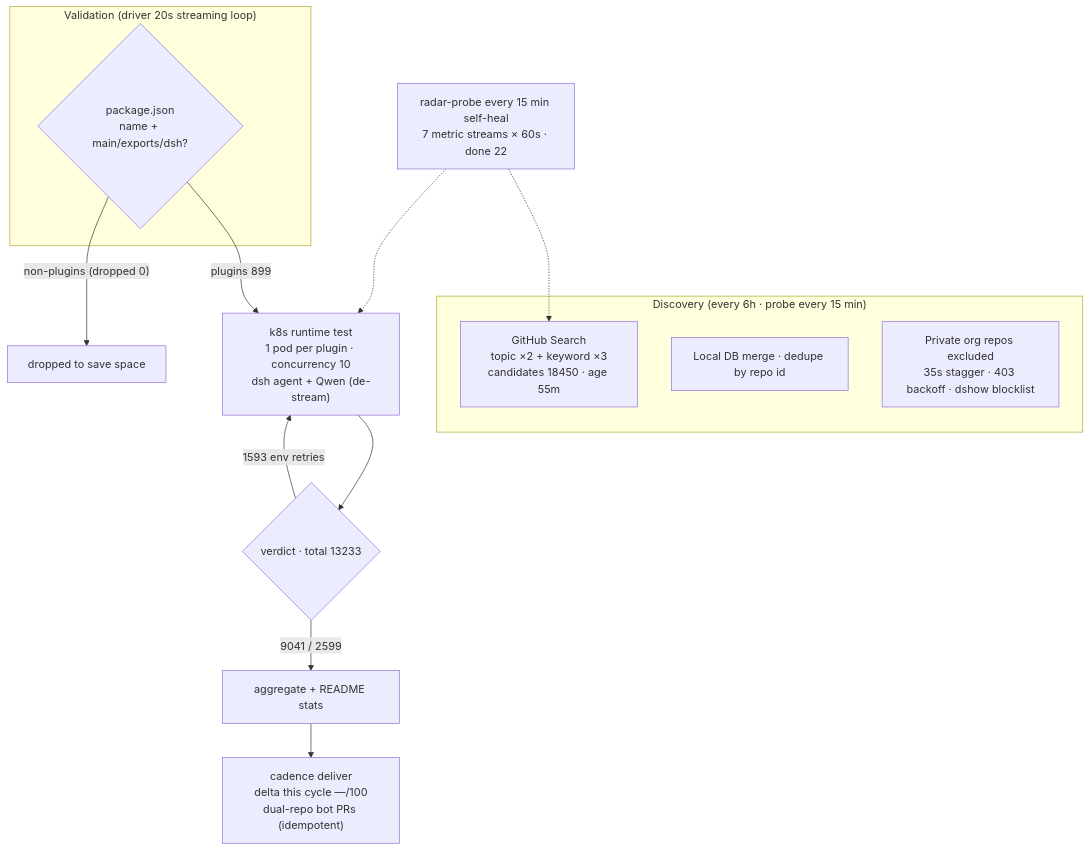
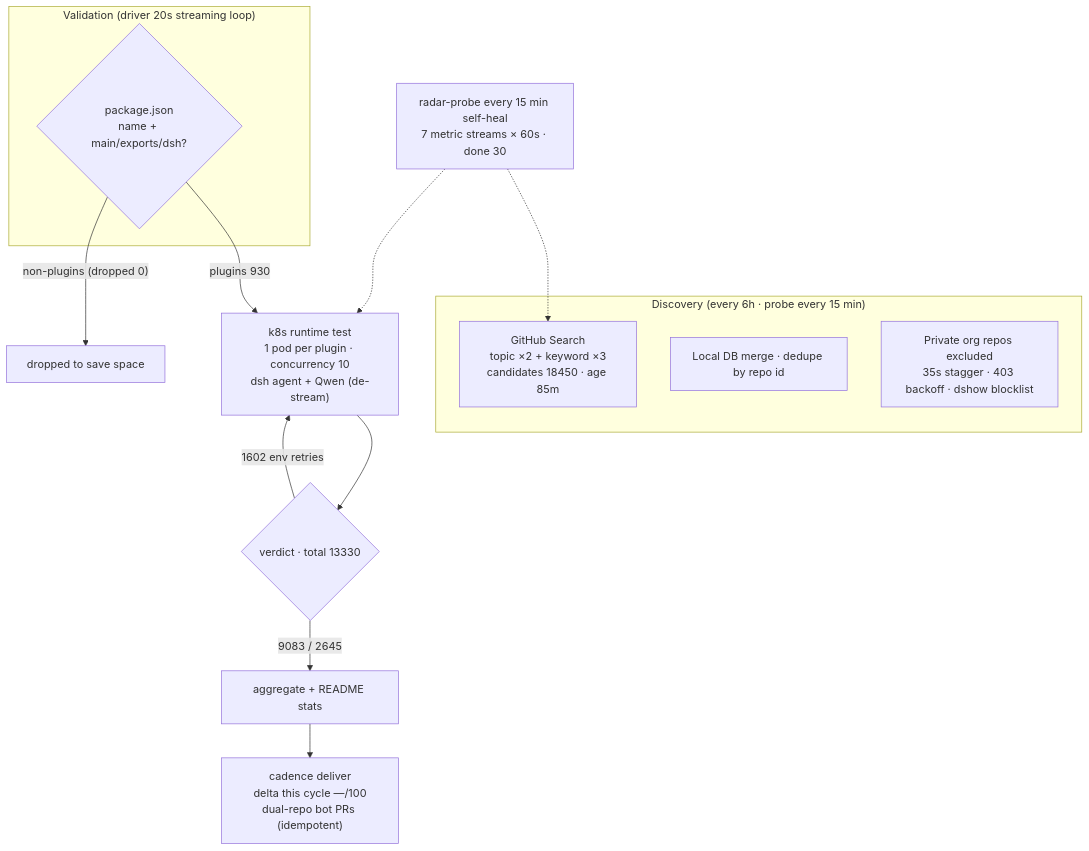
Before and after one commit to AdamPlatin123/awesome-dsh-plugins: the diagram in README.en-US.md, drawn with Mermaid. The commit also changed other lines of this file and 14 other files, not shown here.

````diff
--- a/README.en-US.md
+++ b/README.en-US.md
@@ -45,20 +45,20 @@
 ```mermaid
 flowchart TB
     subgraph Discovery["Discovery (every 6h · probe every 15 min)"]
-        A1["GitHub Search<br/>topic ×2 + keyword ×3<br/>candidates 18450 · age 55m"]
+        A1["GitHub Search<br/>topic ×2 + keyword ×3<br/>candidates 18450 · age 85m"]
         A2["Local DB merge · dedupe by repo id"]
         A3["Private org repos excluded<br/>35s stagger · 403 backoff · dshow blocklist"]
     end
     subgraph Validation["Validation (driver 20s streaming loop)"]
         B1{"package.json<br/>name + main/exports/dsh?"}
     end
-    B1 -->|"plugins 899"| C1["k8s runtime test<br/>1 pod per plugin · concurrency 10<br/>dsh agent + Qwen (de-stream)"]
+    B1 -->|"plugins 930"| C1["k8s runtime test<br/>1 pod per plugin · concurrency 10<br/>dsh agent + Qwen (de-stream)"]
     B1 -->|"non-plugins (dropped 0)"| B3["dropped to save space"]
-    C1 --> D1{"verdict · total 13233"}
-    D1 -->|"9041 / 2599"| E1["aggregate + README stats"]
-    D1 -->|"1593 env retries"| C1
+    C1 --> D1{"verdict · total 13330"}
+    D1 -->|"9083 / 2645"| E1["aggregate + README stats"]
+    D1 -->|"1602 env retries"| C1
     E1 --> E2["cadence deliver<br/>delta this cycle —/100<br/>dual-repo bot PRs (idempotent)"]
-    M["radar-probe every 15 min self-heal<br/>7 metric streams × 60s · done 22"]
+    M["radar-probe every 15 min self-heal<br/>7 metric streams × 60s · done 30"]
     M -.-> A1
     M -.-> C1
 ```
````
